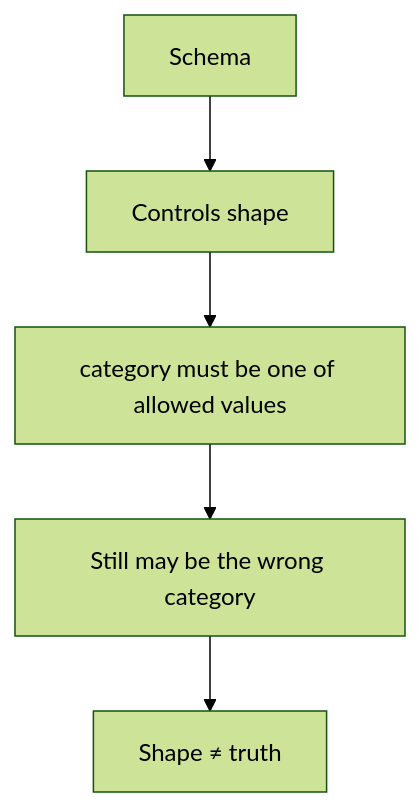
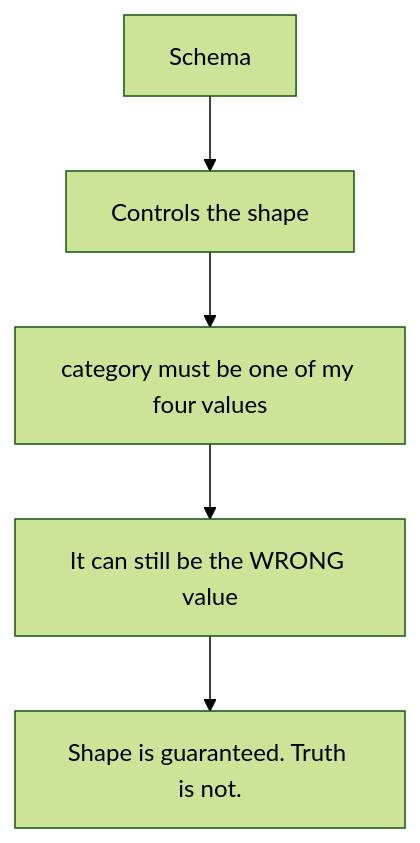
One commit to Aman-srivastav24/ai-support-triage changed the seventh of 18 diagrams in docs/DAY_04_LEARNINGS.md. Above: the diagram before and after it, drawn with Mermaid (forest theme). The commit also changed other lines of this file, not shown here.

````diff
--- a/docs/DAY_04_LEARNINGS.md
+++ b/docs/DAY_04_LEARNINGS.md
@@ -330,7 +323,7 @@
 ```mermaid
 flowchart TD
-    A[Schema] --> B[Controls shape]
-    B --> C[category must be one of allowed values]
-    C --> D[Still may be the wrong category]
-    D --> E[Shape ≠ truth]
+    A["Schema"] --> B["Controls the shape"]
+    B --> C["category must be one of my four values"]
+    C --> D["It can still be the WRONG value"]
+    D --> E["Shape is guaranteed. Truth is not."]
 ```
````
